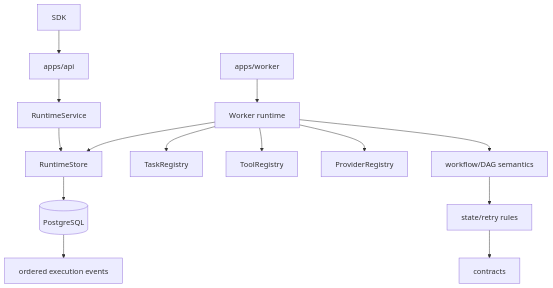
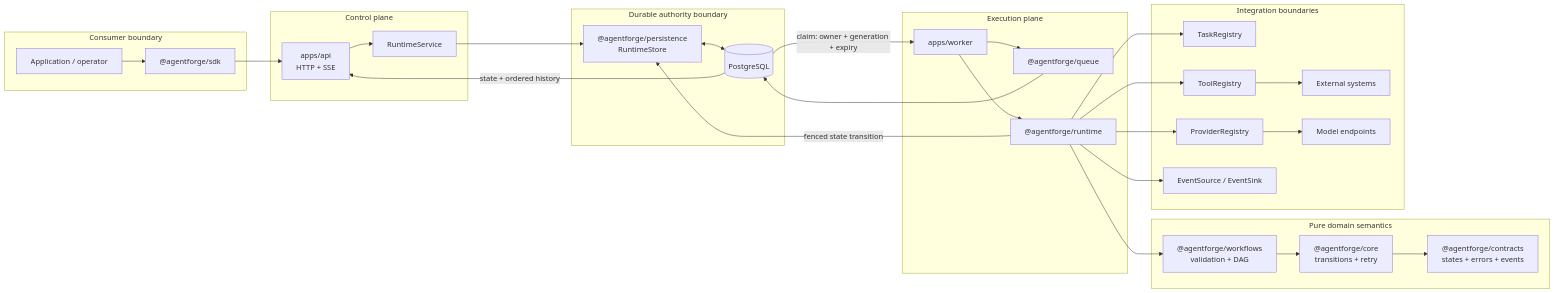
The first of 2 diagrams in docs/architecture.md (SaridakisStamatisChristos/AgentForge), drawn with Mermaid before and after one commit. The commit also changed other lines of this file and 28 other files, not shown here.

````diff
--- a/docs/architecture.md
+++ b/docs/architecture.md
@@ -5,16 +9,51 @@
 ```mermaid
-flowchart TB
-  SDK[SDK] --> API[apps/api]
-  API --> RuntimeService[RuntimeService]
-  Worker[apps/worker] --> Runtime[Worker runtime]
-  RuntimeService --> Store[RuntimeStore]
-  Runtime --> Store
-  Store --> PG[(PostgreSQL)]
-  Runtime --> Tasks[TaskRegistry]
-  Runtime --> Tools[ToolRegistry]
-  Runtime --> Providers[ProviderRegistry]
-  Runtime --> Workflows[workflow/DAG semantics]
-  Workflows --> Core[state/retry rules]
-  Core --> Contracts[contracts]
-  PG --> Events[ordered execution events]
+flowchart LR
+  subgraph Consumer["Consumer boundary"]
+    Client["Application / operator"]
+    SDK["@agentforge/sdk"]
+  end
+
+  subgraph Control["Control plane"]
+    API["apps/api\nHTTP + SSE"]
+    Service["RuntimeService"]
+  end
+
+  subgraph RuntimePlane["Execution plane"]
+    Worker["apps/worker"]
+    Queue["@agentforge/queue"]
+    Runtime["@agentforge/runtime"]
+  end
+
+  subgraph Domain["Pure domain semantics"]
+    Workflows["@agentforge/workflows\nvalidation + DAG"]
+    Core["@agentforge/core\ntransitions + retry"]
+    Contracts["@agentforge/contracts\nstates + errors + events"]
+  end
+
+  subgraph Integration["Integration boundaries"]
+    TaskRegistry["TaskRegistry"]
+    ToolRegistry["ToolRegistry"]
+    ProviderRegistry["ProviderRegistry"]
+    EventBoundary["EventSource / EventSink"]
+    External["External systems"]
+    Models["Model endpoints"]
+  end
+
+  subgraph Durable["Durable authority boundary"]
+    Store["@agentforge/persistence\nRuntimeStore"]
+    PG[("PostgreSQL")]
+  end
+
+  Client --> SDK --> API --> Service --> Store
+  Worker --> Queue --> PG
+  PG -->|"claim: owner + generation + expiry"| Worker
+  Worker --> Runtime
+  Runtime --> Workflows --> Core --> Contracts
+  Runtime --> TaskRegistry
+  Runtime --> ToolRegistry --> External
+  Runtime --> ProviderRegistry --> Models
+  Runtime --> EventBoundary
+  Runtime -->|"fenced state transition"| Store
+  Store <--> PG
+  PG -->|"state + ordered history"| API
 ```
````
